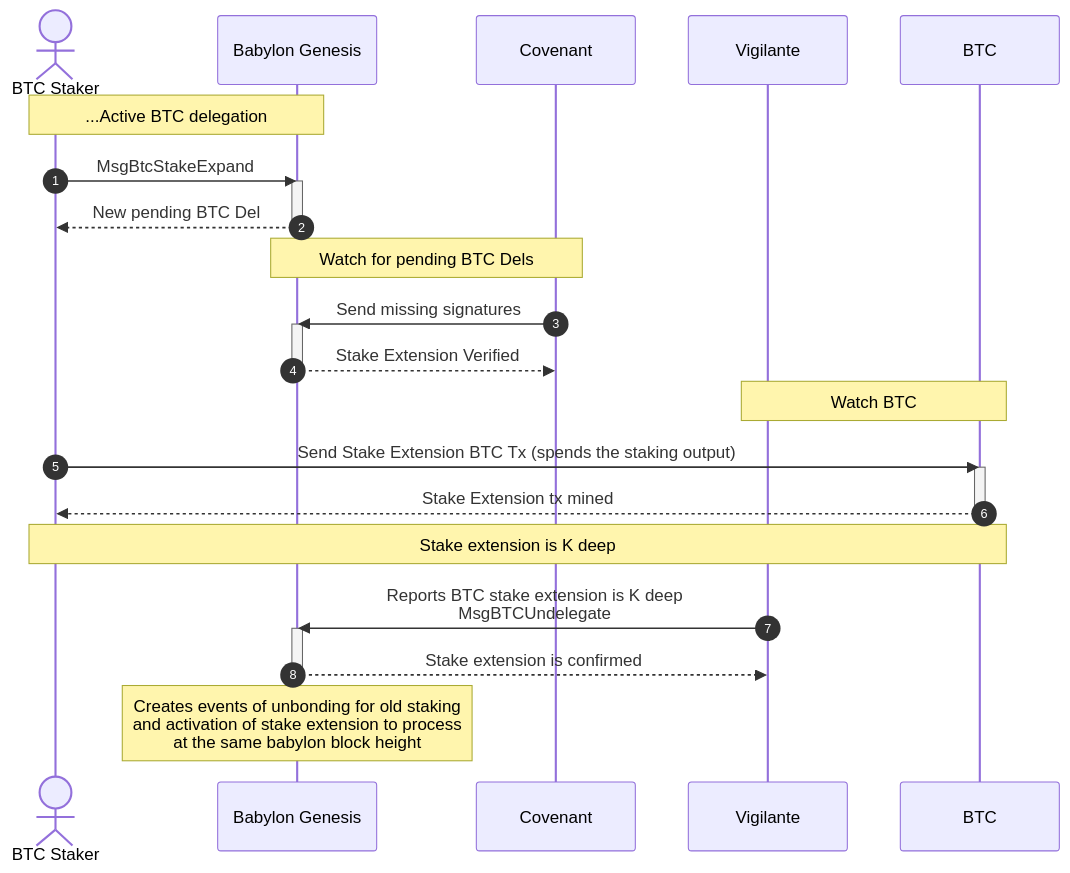
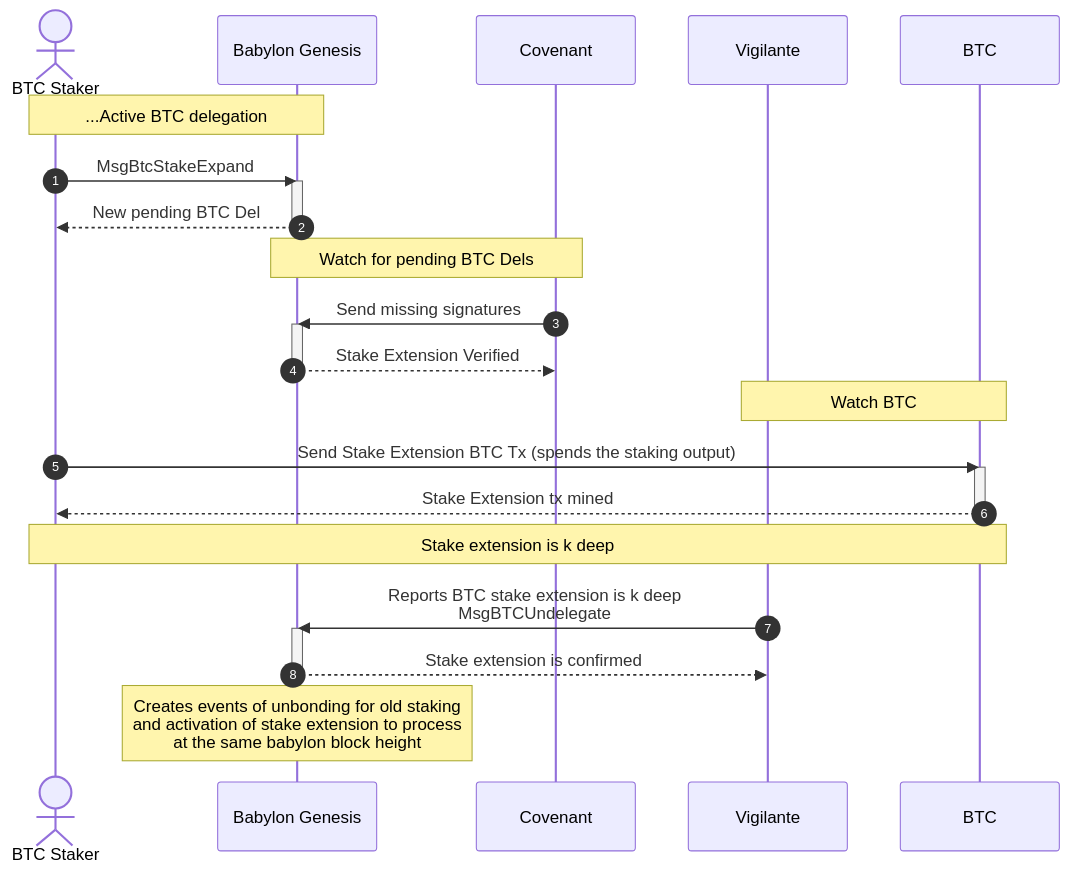
Before and after one commit to babylonlabs-io/babylon: the first of 2 diagrams in docs/bitcoin-stake-extension.md, drawn with Mermaid. The commit also changed other lines of this file, not shown here.

Commit message:
Apply suggestions from code review

````diff
--- a/docs/bitcoin-stake-extension.md
+++ b/docs/bitcoin-stake-extension.md
@@ -101,38 +101,38 @@
 ```mermaid
 sequenceDiagram
 actor btcstaker as BTC Staker
 participant babylon as Babylon Genesis
 participant covd as Covenant
 participant vigilante as Vigilante
 participant btc as BTC
 
 autonumber
 
 Note over btcstaker,babylon: ...Active BTC delegation
 btcstaker->>babylon: MsgBtcStakeExpand
 activate babylon
 babylon-->>btcstaker: New pending BTC Del
 deactivate babylon
 
 Note over covd,babylon: Watch for pending BTC Dels
 
 covd->>babylon: Send missing signatures
 activate babylon
 babylon-->>covd: Stake Extension Verified
 deactivate babylon
 
 Note over vigilante,btc: Watch BTC
 
 btcstaker->>btc: Send Stake Extension BTC Tx (spends the staking output)
 activate btc
 btc-->>btcstaker: Stake Extension tx mined
 deactivate btc
 
 
-Note over btcstaker, btc: Stake extension is K deep
-vigilante->>babylon: Reports BTC stake extension is K deep<br>MsgBTCUndelegate
+Note over btcstaker, btc: Stake extension is k deep
+vigilante->>babylon: Reports BTC stake extension is k deep<br>MsgBTCUndelegate
 activate babylon
 babylon-->>vigilante: Stake extension is confirmed
 deactivate babylon
 Note over babylon: Creates events of unbonding for old staking<br>and activation of stake extension to process<br>at the same babylon block height
 ```
````
